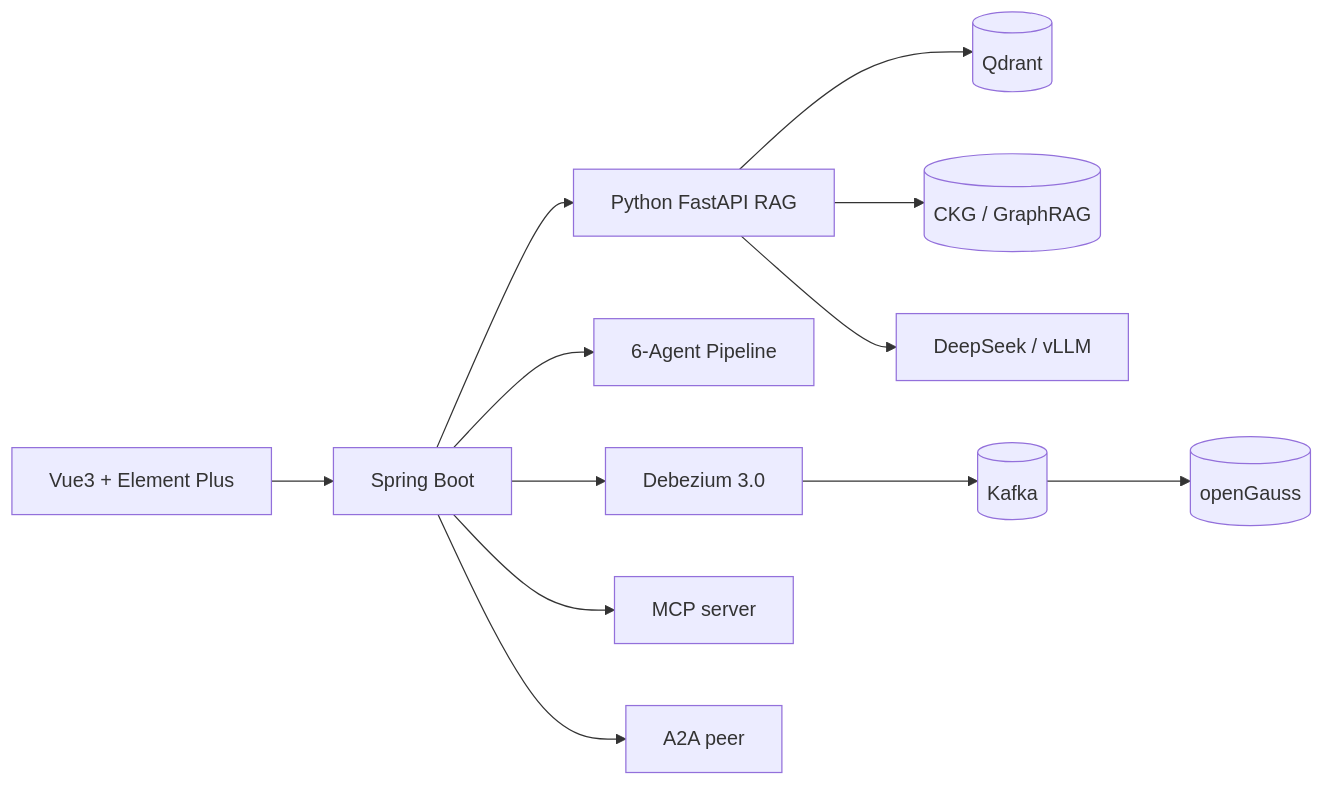
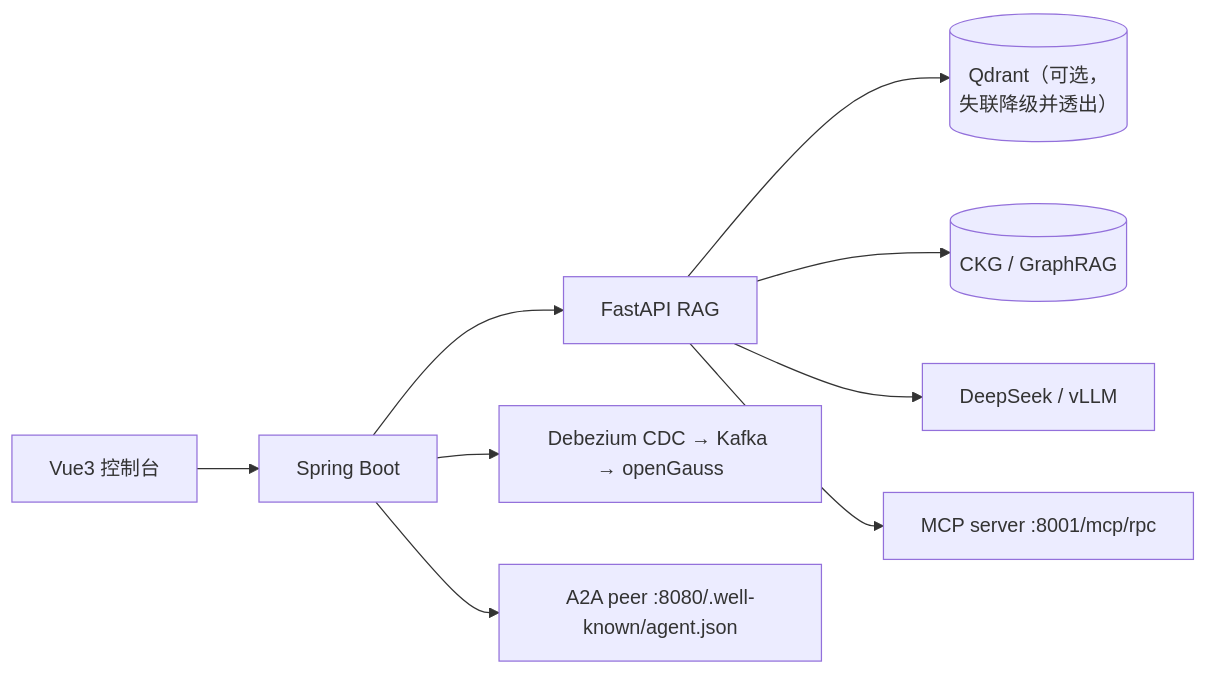
One commit to anothersunset/zhixianyunshu changed the second of 2 diagrams in README.md. Above: the diagram before and after it, drawn with Mermaid. The commit also changed other lines of this file and 4 other files, not shown here.

````diff
--- a/README.md
+++ b/README.md
@@ -88,14 +40,11 @@
 ```mermaid
 flowchart LR
-  Web[Vue3 + Element Plus] --> Backend[Spring Boot]
-  Backend --> RAG[Python FastAPI RAG]
-  Backend --> Agents[6-Agent Pipeline]
-  RAG --> Qdrant[(Qdrant)]
-  RAG --> CKG[(CKG / GraphRAG)]
+  Web[Vue3 控制台] --> Backend[Spring Boot]
+  Backend --> RAG[FastAPI RAG]
+  RAG --> QD[("Qdrant（可选，<br/>失联降级并透出）")]
+  RAG --> CKG[("CKG / GraphRAG")]
   RAG --> LLM[DeepSeek / vLLM]
-  Backend --> CDC[Debezium 3.0]
-  CDC --> Kafka[(Kafka)]
-  Kafka --> OG[(openGauss)]
-  Backend --> MCP[MCP server]
-  Backend --> A2A[A2A peer]
+  Backend --> CDC[Debezium CDC → Kafka → openGauss]
+  RAG --> MCP[MCP server :8001/mcp/rpc]
+  Backend --> A2A[A2A peer :8080/.well-known/agent.json]
 ```
````
